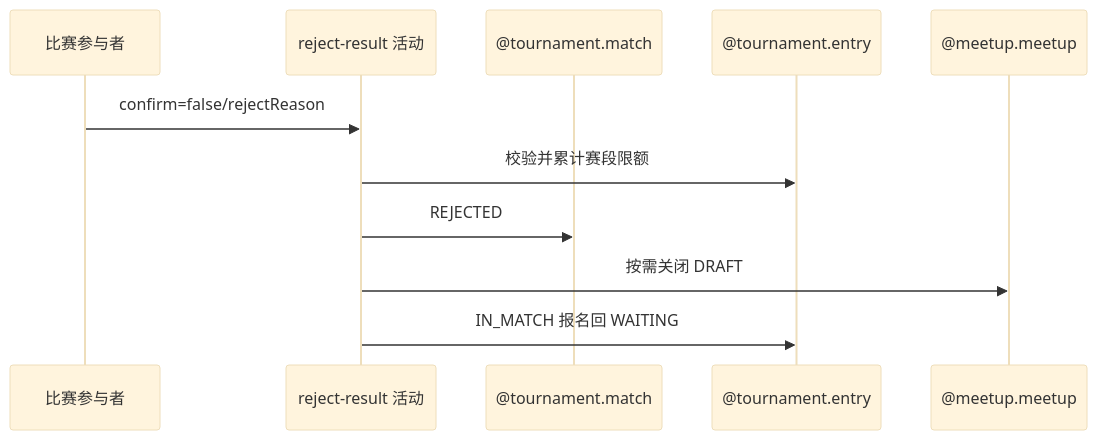
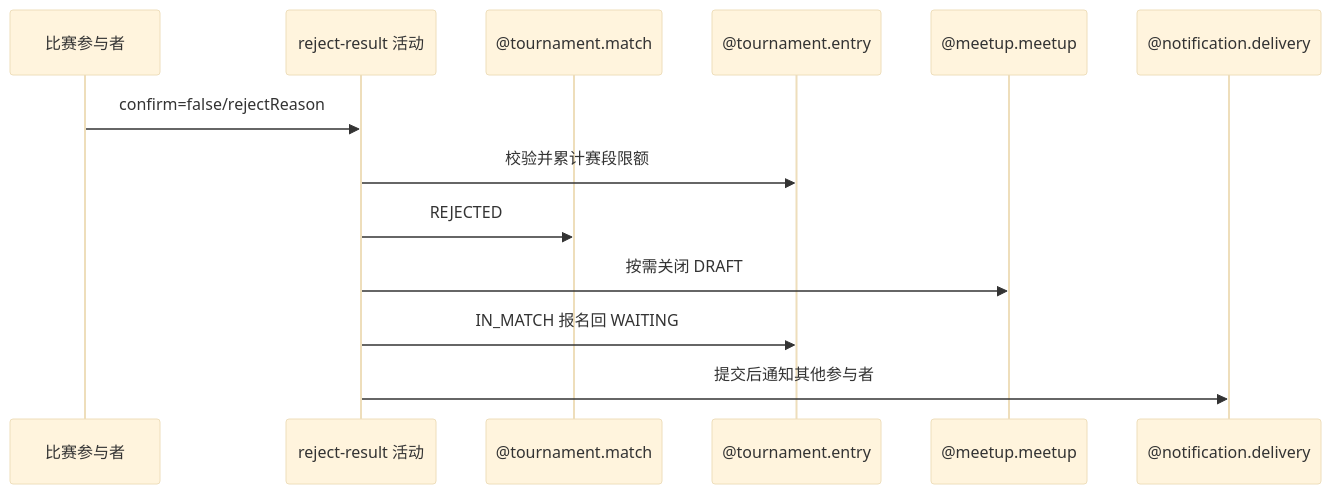
The diagram in blueprint/spec/tournament/result-reject/reject-result/activity.md (chxt100016/Rally), drawn with Mermaid (base theme) before and after one commit. The commit also changed other lines of this file and 871 other files, not shown here.

````diff
--- a/blueprint/spec/tournament/result-reject/reject-result/activity.md
+++ b/blueprint/spec/tournament/result-reject/reject-result/activity.md
@@ -13,13 +13,15 @@
 ```mermaid
 sequenceDiagram
     participant U as 比赛参与者
     participant A as reject-result 活动
     participant M as @tournament.match
     participant E as @tournament.entry
     participant P as @meetup.meetup
+    participant N as @notification.delivery
     U->>A: confirm=false/rejectReason
     A->>E: 校验并累计赛段限额
     A->>M: REJECTED
     A->>P: 按需关闭 DRAFT
     A->>E: IN_MATCH 报名回 WAITING
+    A->>N: 提交后通知其他参与者
 ```
````
